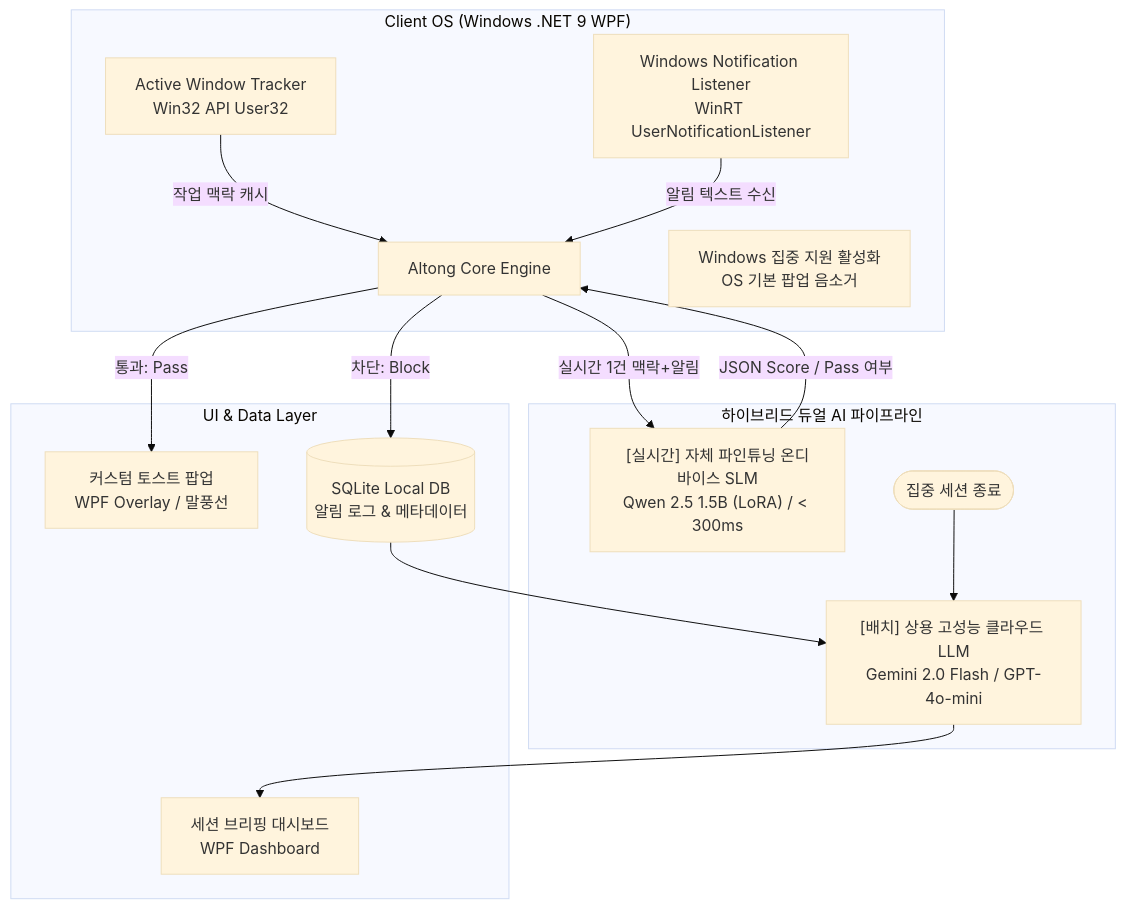
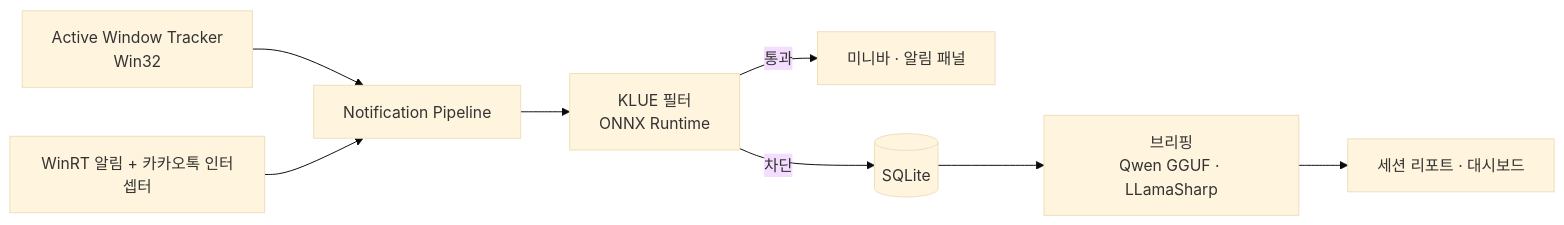
One commit to AIoish/ALTONG_client changed the diagram in README.md. Above: the diagram before and after it, drawn with Mermaid (base theme). The commit also changed other lines of this file and 10 other files, not shown here.

````diff
--- a/README.md
+++ b/README.md
@@ -37,22 +27,10 @@
 ```mermaid
-flowchart TD
-    subgraph Client ["Client OS (Windows .NET 9 WPF)"]
-        AW[Active Window Tracker<br/>Win32 API User32] -->|작업 맥락 캐시| CoreEngine[Altong Core Engine]
-        WinNoti[Windows Notification Listener<br/>WinRT UserNotificationListener] -->|알림 텍스트 수신| CoreEngine
-        DND[Windows 집중 지원 활성화<br/>OS 기본 팝업 음소거]
-    end
-
-    subgraph AI_Pipeline ["하이브리드 듀얼 AI 파이프라인"]
-        CoreEngine -->|실시간 1건 맥락+알림| FilterEngine["[실시간] 자체 파인튜닝 온디바이스 SLM<br/>Qwen 2.5 1.5B (LoRA) / < 300ms"]
-        FilterEngine -->|JSON Score / Pass 여부| CoreEngine
-        
-        SessionEnd([집중 세션 종료]) --> SummaryEngine["[배치] 상용 고성능 클라우드 LLM<br/>Gemini 2.0 Flash / GPT-4o-mini"]
-    end
-
-    subgraph UI_Storage ["UI & Data Layer"]
-        CoreEngine -->|통과: Pass| CustomToast[커스텀 토스트 팝업<br/>WPF Overlay / 말풍선]
-        CoreEngine -->|차단: Block| LocalDB[(SQLite Local DB<br/>알림 로그 & 메타데이터)]
-        LocalDB --> SummaryEngine
-        SummaryEngine --> Dashboard[세션 브리핑 대시보드<br/>WPF Dashboard]
-    end
+flowchart LR
+    AW["Active Window Tracker<br/>Win32"] --> P[Notification Pipeline]
+    NL["WinRT 알림 + 카카오톡 인터셉터"] --> P
+    P --> F["KLUE 필터<br/>ONNX Runtime"]
+    F -->|통과| UI["미니바 · 알림 패널"]
+    F -->|차단| DB[(SQLite)]
+    DB --> B["브리핑<br/>Qwen GGUF · LLamaSharp"]
+    B --> R["세션 리포트 · 대시보드"]
 ```
````
